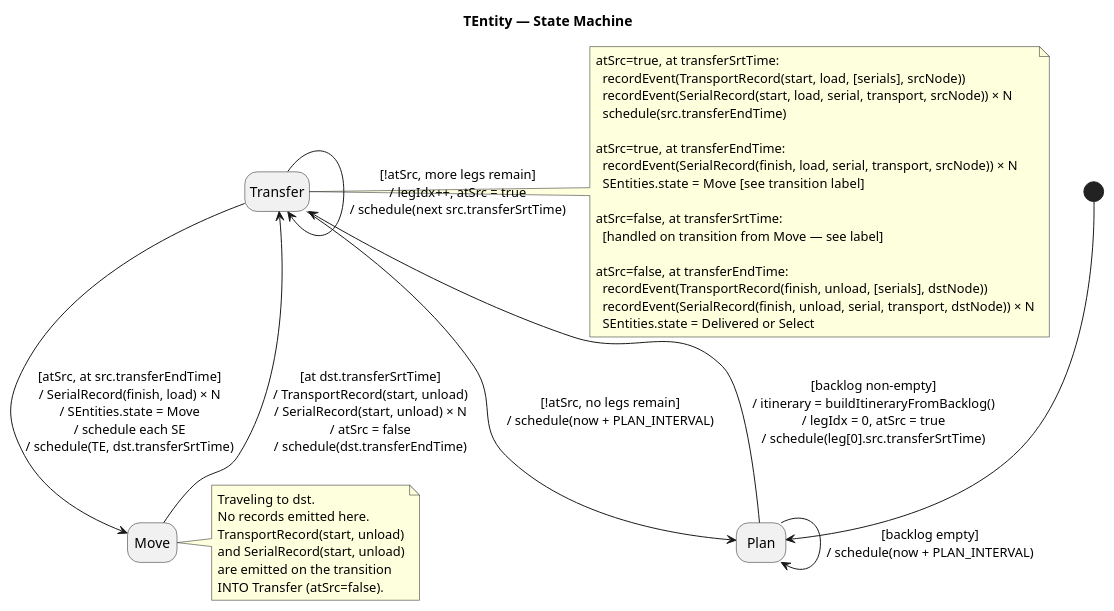
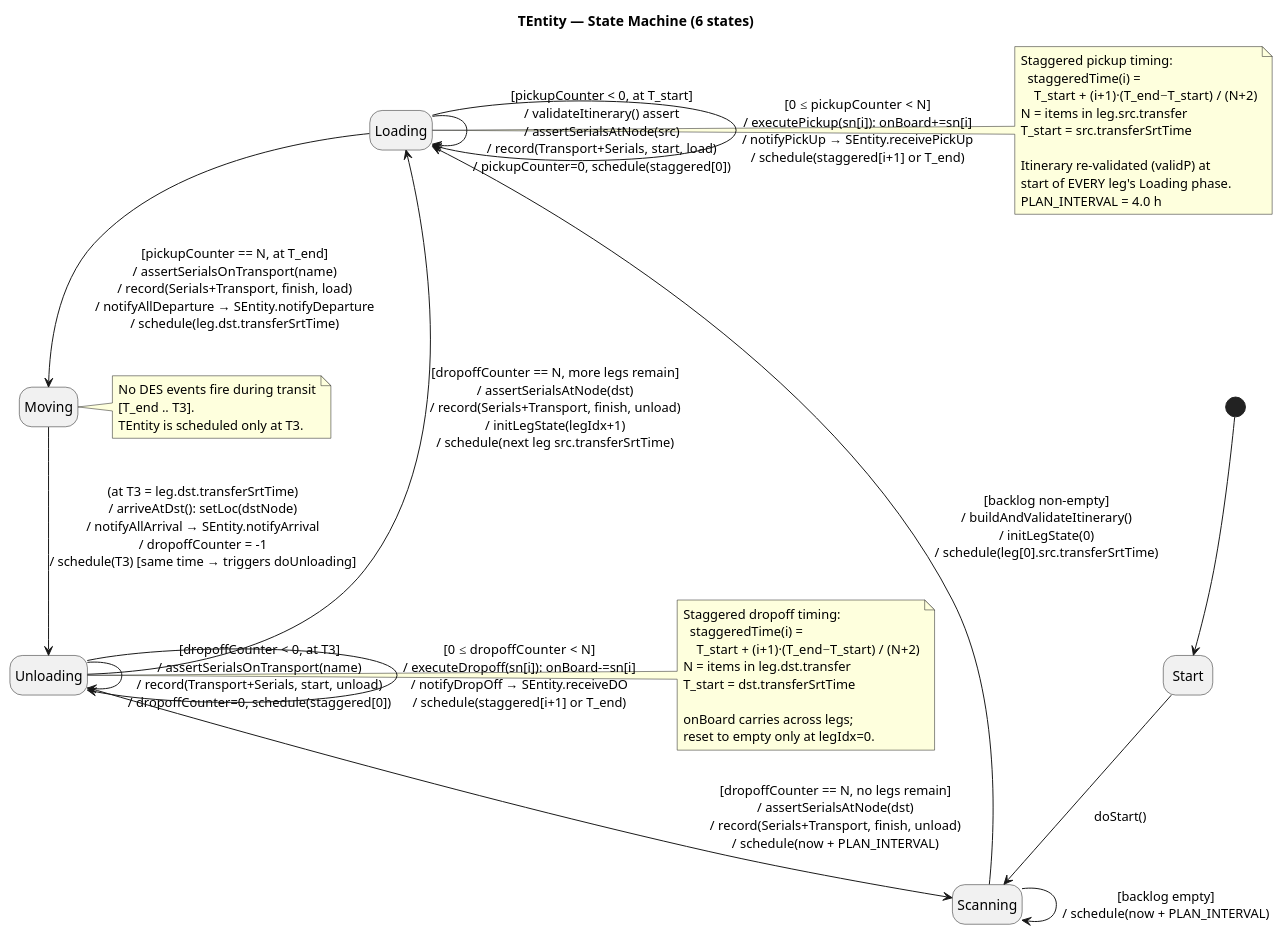
The diagram in in_swift/LogAdj/design/TEntity.puml (bwise-7365/titan-alloy), drawn with PlantUML before and after one commit. The commit also changed 14 other files, not shown here.

```diff
--- a/in_swift/LogAdj/design/TEntity.puml
+++ b/in_swift/LogAdj/design/TEntity.puml
@@ -1,49 +1,58 @@
 @startuml TEntity
-title TEntity — State Machine
-' Internal context: legIdx (int), atSrc (boolean)
+title TEntity — State Machine (6 states)
 
 hide empty description
 
-[*] --> Plan
+[*] --> Start
 
-Plan --> Plan     : [backlog empty]\n/ schedule(now + PLAN_INTERVAL)
+Start --> Scanning : doStart()
 
-Plan --> Transfer : [backlog non-empty]\n/ itinerary = buildItineraryFromBacklog()\n/ legIdx = 0, atSrc = true\n/ schedule(leg[0].src.transferSrtTime)
+Scanning --> Scanning : [backlog empty]\n/ schedule(now + PLAN_INTERVAL)
+Scanning --> Loading  : [backlog non-empty]\n/ buildAndValidateItinerary()\n/ initLegState(0)\n/ schedule(leg[0].src.transferSrtTime)
 
-Transfer --> Move : [atSrc, at src.transferEndTime]\n/ SerialRecord(finish, load) × N\n/ SEntities.state = Move\n/ schedule each SE\n/ schedule(TE, dst.transferSrtTime)
+Loading --> Loading  : [pickupCounter < 0, at T_start]\n/ validateItinerary() assert\n/ assertSerialsAtNode(src)\n/ record(Transport+Serials, start, load)\n/ pickupCounter=0, schedule(staggered[0])
 
-Move --> Transfer : [at dst.transferSrtTime]\n/ TransportRecord(start, unload)\n/ SerialRecord(start, unload) × N\n/ atSrc = false\n/ schedule(dst.transferEndTime)
+Loading --> Loading  : [0 ≤ pickupCounter < N]\n/ executePickup(sn[i]): onBoard+=sn[i]\n/ notifyPickUp → SEntity.receivePickUp\n/ schedule(staggered[i+1] or T_end)
 
-Transfer --> Transfer : [!atSrc, more legs remain]\n/ legIdx++, atSrc = true\n/ schedule(next src.transferSrtTime)
+Loading --> Moving   : [pickupCounter == N, at T_end]\n/ assertSerialsOnTransport(name)\n/ record(Serials+Transport, finish, load)\n/ notifyAllDeparture → SEntity.notifyDeparture\n/ schedule(leg.dst.transferSrtTime)
 
-Transfer --> Plan : [!atSrc, no legs remain]\n/ schedule(now + PLAN_INTERVAL)
+Moving --> Unloading : (at T3 = leg.dst.transferSrtTime)\n/ arriveAtDst(): setLoc(dstNode)\n/ notifyAllArrival → SEntity.notifyArrival\n/ dropoffCounter = -1\n/ schedule(T3) [same time → triggers doUnloading]
 
-note right of Transfer
-  atSrc=true, at transferSrtTime:
-    recordEvent(TransportRecord(start, load, [serials], srcNode))
-    recordEvent(SerialRecord(start, load, serial, transport, srcNode)) × N
-    schedule(src.transferEndTime)
+Unloading --> Unloading : [dropoffCounter < 0, at T3]\n/ assertSerialsOnTransport(name)\n/ record(Transport+Serials, start, unload)\n/ dropoffCounter=0, schedule(staggered[0])
 
-  atSrc=true, at transferEndTime:
-    recordEvent(SerialRecord(finish, load, serial, transport, srcNode)) × N
-    SEntities.state = Move  [see transition label]
+Unloading --> Unloading : [0 ≤ dropoffCounter < N]\n/ executeDropoff(sn[i]): onBoard-=sn[i]\n/ notifyDropOff → SEntity.receiveDO\n/ schedule(staggered[i+1] or T_end)
 
-  atSrc=false, at transferSrtTime:
-    [handled on transition from Move — see label]
+Unloading --> Loading  : [dropoffCounter == N, more legs remain]\n/ assertSerialsAtNode(dst)\n/ record(Serials+Transport, finish, unload)\n/ initLegState(legIdx+1)\n/ schedule(next leg src.transferSrtTime)
 
-  atSrc=false, at transferEndTime:
-    recordEvent(TransportRecord(finish, unload, [serials], dstNode))
-    recordEvent(SerialRecord(finish, unload, serial, transport, dstNode)) × N
-    SEntities.state = Delivered or Select
+Unloading --> Scanning : [dropoffCounter == N, no legs remain]\n/ assertSerialsAtNode(dst)\n/ record(Serials+Transport, finish, unload)\n/ schedule(now + PLAN_INTERVAL)
+
+note right of Loading
+  Staggered pickup timing:
+    staggeredTime(i) =
+      T_start + (i+1)·(T_end−T_start) / (N+2)
+  N = items in leg.src.transfer
+  T_start = src.transferSrtTime
+
+  Itinerary re-validated (validP) at
+  start of EVERY leg's Loading phase.
+  PLAN_INTERVAL = 4.0 h
 end note
 
-note right of Move
-  Traveling to dst.
-  No records emitted here.
-  TransportRecord(start, unload)
-  and SerialRecord(start, unload)
-  are emitted on the transition
-  INTO Transfer (atSrc=false).
+note right of Unloading
+  Staggered dropoff timing:
+    staggeredTime(i) =
+      T_start + (i+1)·(T_end−T_start) / (N+2)
+  N = items in leg.dst.transfer
+  T_start = dst.transferSrtTime
+
+  onBoard carries across legs;
+  reset to empty only at legIdx=0.
+end note
+
+note right of Moving
+  No DES events fire during transit
+  [T_end .. T3].
+  TEntity is scheduled only at T3.
 end note
 
 @enduml
```
